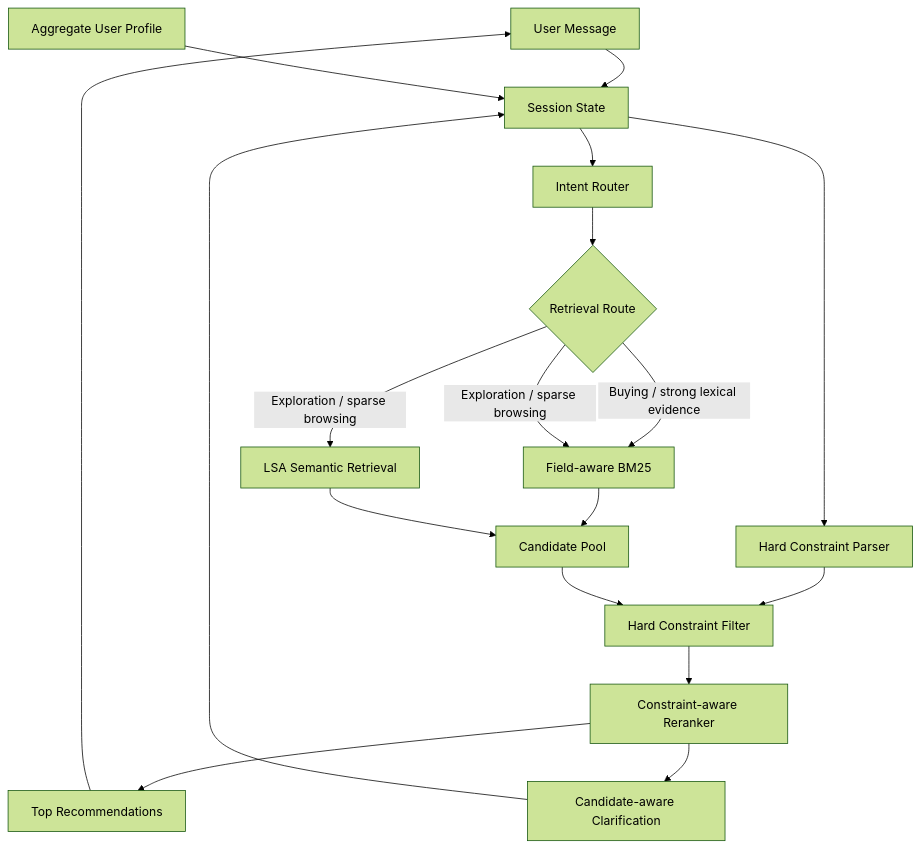
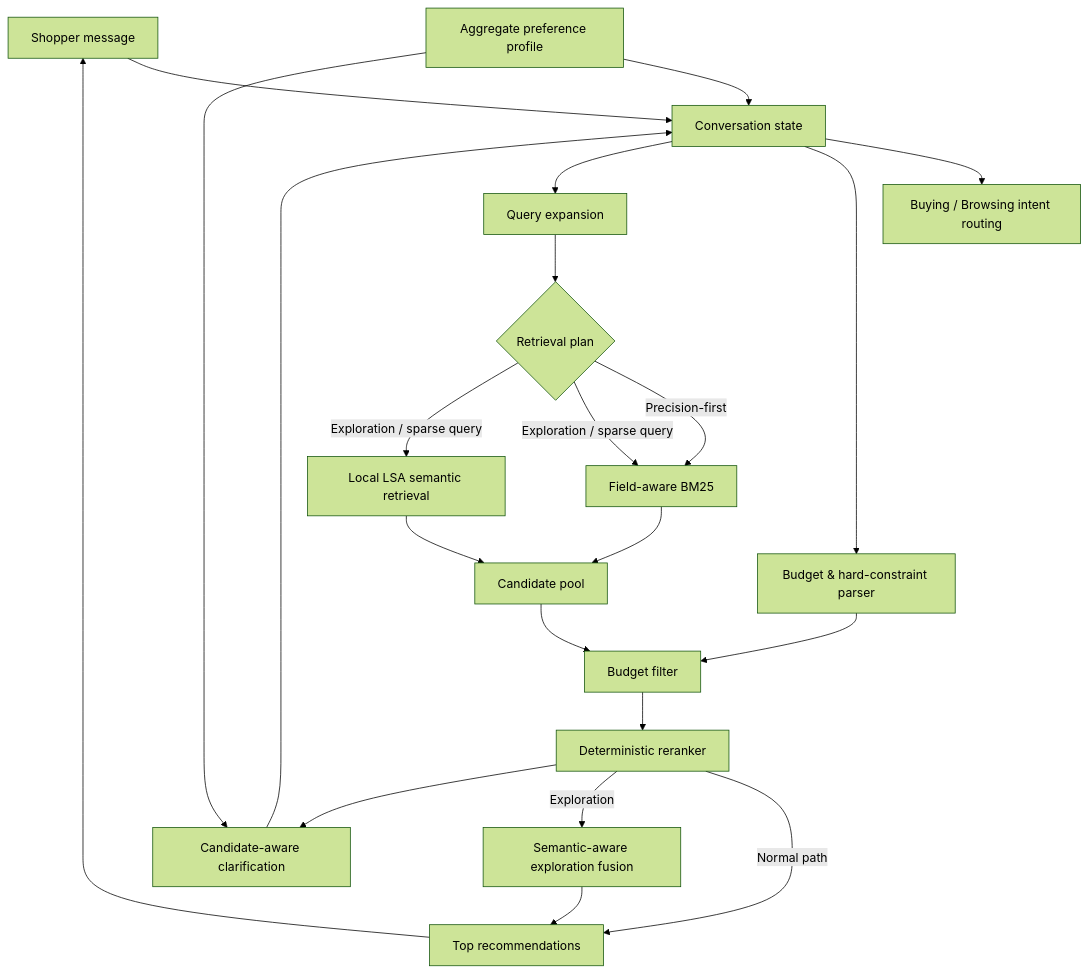
Before and after one commit to rishu1903/larpers-go-shopping: the first of 17 diagrams in README.md, drawn with Mermaid (forest theme). The commit also changed other lines of this file, not shown here.

````diff
--- a/README.md
+++ b/README.md
@@ -63,29 +46,31 @@
 ```mermaid
 flowchart TD
-    U[User Message] --> S[Session State]
+    U[Shopper message] --> ST[Conversation state]
+    P[Aggregate preference profile] --> ST
 
-    P[Aggregate User Profile] --> S
+    ST --> IR[Buying / Browsing intent routing]
+    ST --> BC[Budget & hard-constraint parser]
+    ST --> QE[Query expansion]
 
-    S --> I[Intent Router]
-    S --> H[Hard Constraint Parser]
+    QE --> RP{Retrieval plan}
+    RP -->|Precision-first| BM[Field-aware BM25]
+    RP -->|Exploration / sparse query| BM
+    RP -->|Exploration / sparse query| LSA[Local LSA semantic retrieval]
 
-    I --> Q{Retrieval Route}
+    BM --> CP[Candidate pool]
+    LSA --> CP
 
-    Q -->|Buying / strong lexical evidence| L[Field-aware BM25]
-    Q -->|Exploration / sparse browsing| L
-    Q -->|Exploration / sparse browsing| D[LSA Semantic Retrieval]
+    CP --> BF[Budget filter]
+    BC --> BF
 
-    L --> C[Candidate Pool]
-    D --> C
+    BF --> RR[Deterministic reranker]
+    RR -->|Normal path| REC[Top recommendations]
+    RR -->|Exploration| SF[Semantic-aware exploration fusion]
+    SF --> REC
 
-    H --> F[Hard Constraint Filter]
-    C --> F
+    RR --> CQ[Candidate-aware clarification]
+    P --> CQ
 
-    F --> R[Constraint-aware Reranker]
-
-    R --> TOP[Top Recommendations]
-    R --> A[Candidate-aware Clarification]
-
-    A --> S
-    TOP --> U
+    CQ --> ST
+    REC --> U
 ```
````
